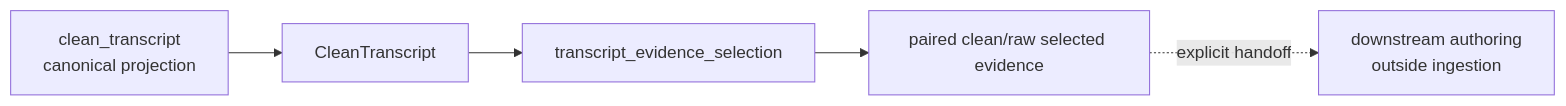
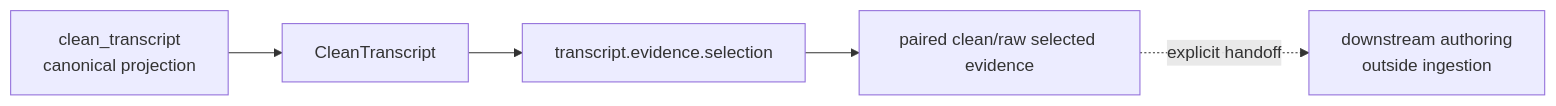
The diagram in docs/architecture/projectkoios/ingestion/schematic.md (eragasa/projectkoios-ingestion), drawn with Mermaid before and after one commit. The commit also changed 49 other files, not shown here.

Commit message:
Refactor transcript evidence selection package

````diff
--- a/docs/architecture/projectkoios/ingestion/schematic.md
+++ b/docs/architecture/projectkoios/ingestion/schematic.md
@@ -3,13 +3,13 @@
 ```mermaid
 flowchart LR
     Producer["clean_transcript<br/>canonical projection"]
     Transcript["CleanTranscript"]
-    Selection["transcript_evidence_selection"]
+    Selection["transcript.evidence.selection"]
     Evidence["paired clean/raw selected evidence"]
     Downstream["downstream authoring<br/>outside ingestion"]
 
     Producer --> Transcript
     Transcript --> Selection
     Selection --> Evidence
     Evidence -. "explicit handoff" .-> Downstream
 ```
````
